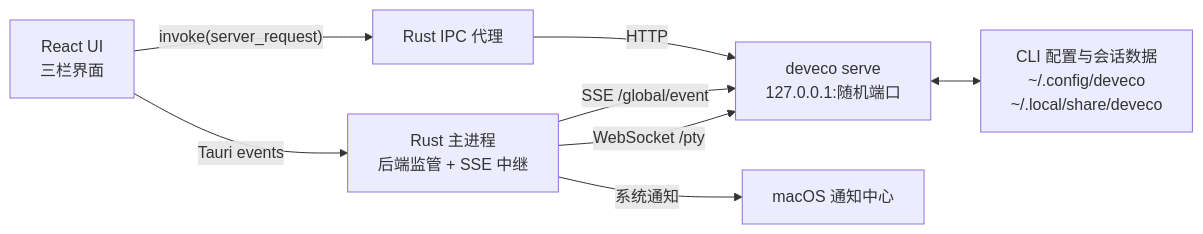
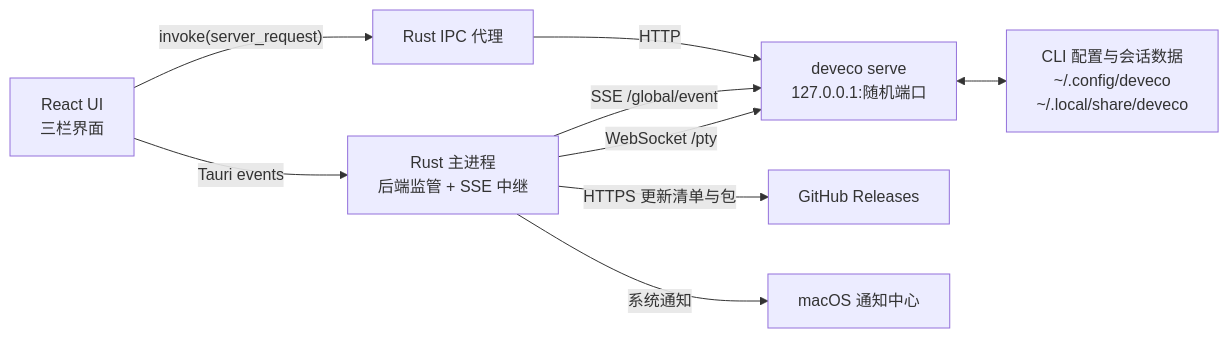
The first of 4 diagrams in docs/architecture.md (SherlockGougou/devecocode-desktop), drawn with Mermaid before and after one commit. The commit also changed other lines of this file and 47 other files, not shown here.

````diff
--- a/docs/architecture.md
+++ b/docs/architecture.md
@@ -20,10 +20,11 @@
 ```mermaid
 graph LR
   UI["React UI<br/>三栏界面"] -- "invoke(server_request)" --> IPC["Rust IPC 代理"]
   UI -- "Tauri events" --> MAIN["Rust 主进程<br/>后端监管 + SSE 中继"]
   IPC -- "HTTP" --> CLI["deveco serve<br/>127.0.0.1:随机端口"]
   MAIN -- "SSE /global/event" --> CLI
   MAIN -- "WebSocket /pty" --> CLI
+  MAIN -- "HTTPS 更新清单与包" --> GH["GitHub Releases"]
   MAIN -- "系统通知" --> N["macOS 通知中心"]
   CLI <--> DATA["CLI 配置与会话数据<br/>~/.config/deveco<br/>~/.local/share/deveco"]
 ```
````
